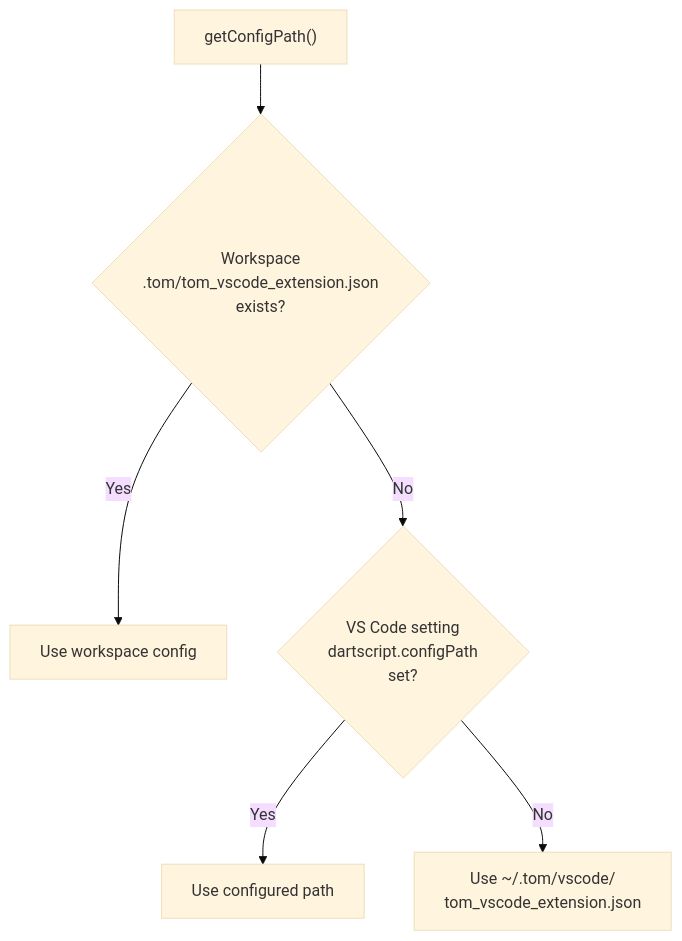
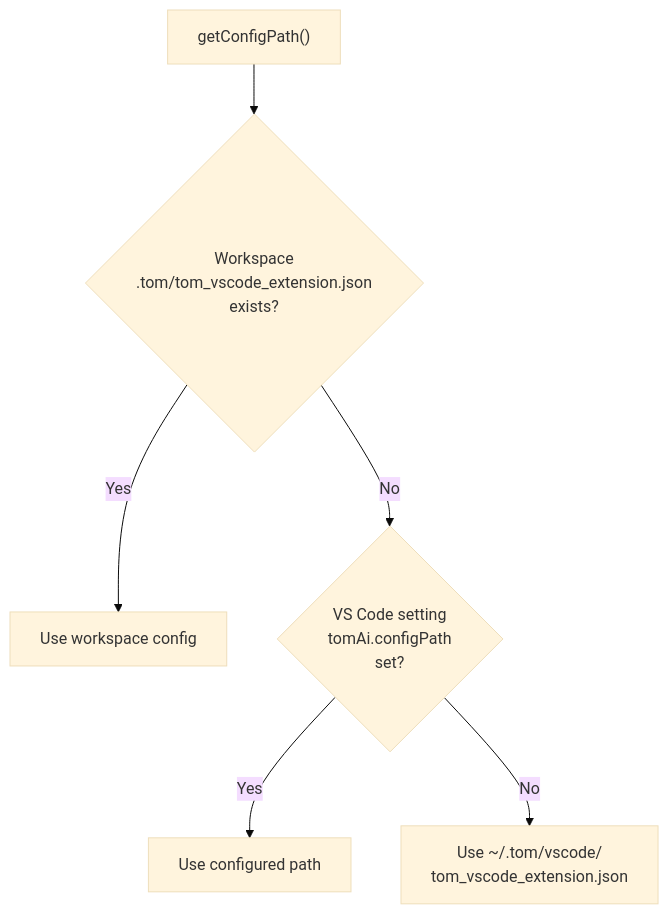
One commit to al-the-bear/tom_vscode changed diagram 12 of 13 in tom_vscode_extension/doc/extension_analysis.md. Above: the diagram before and after it, drawn with Mermaid (base theme). The commit also changed other lines of this file and 6 other files, not shown here.

````diff
--- a/tom_vscode_extension/doc/extension_analysis.md
+++ b/tom_vscode_extension/doc/extension_analysis.md
@@ -815,8 +815,8 @@
 ```mermaid
 flowchart TD
     A["getConfigPath()"] --> B{"Workspace<br/>.tom/tom_vscode_extension.json<br/>exists?"}
     B -->|Yes| C["Use workspace config"]
-    B -->|No| D{"VS Code setting<br/>dartscript.configPath<br/>set?"}
+    B -->|No| D{"VS Code setting<br/>tomAi.configPath<br/>set?"}
     D -->|Yes| E["Use configured path"]
     D -->|No| F["Use ~/.tom/vscode/<br/>tom_vscode_extension.json"]
 ```
````
